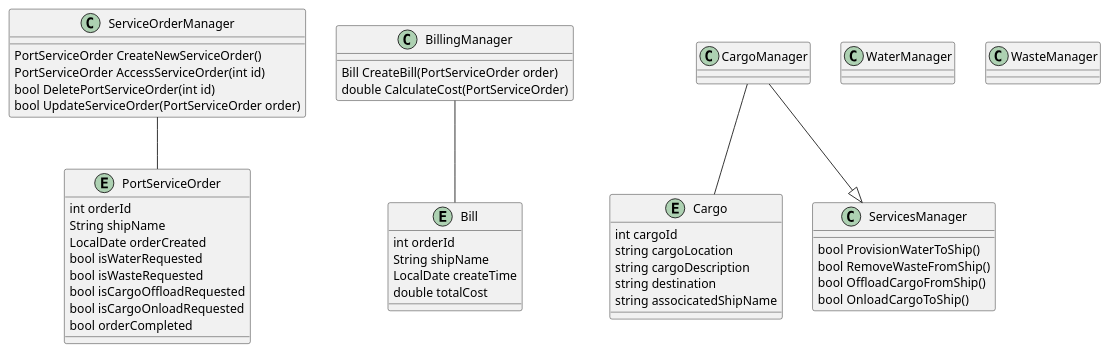
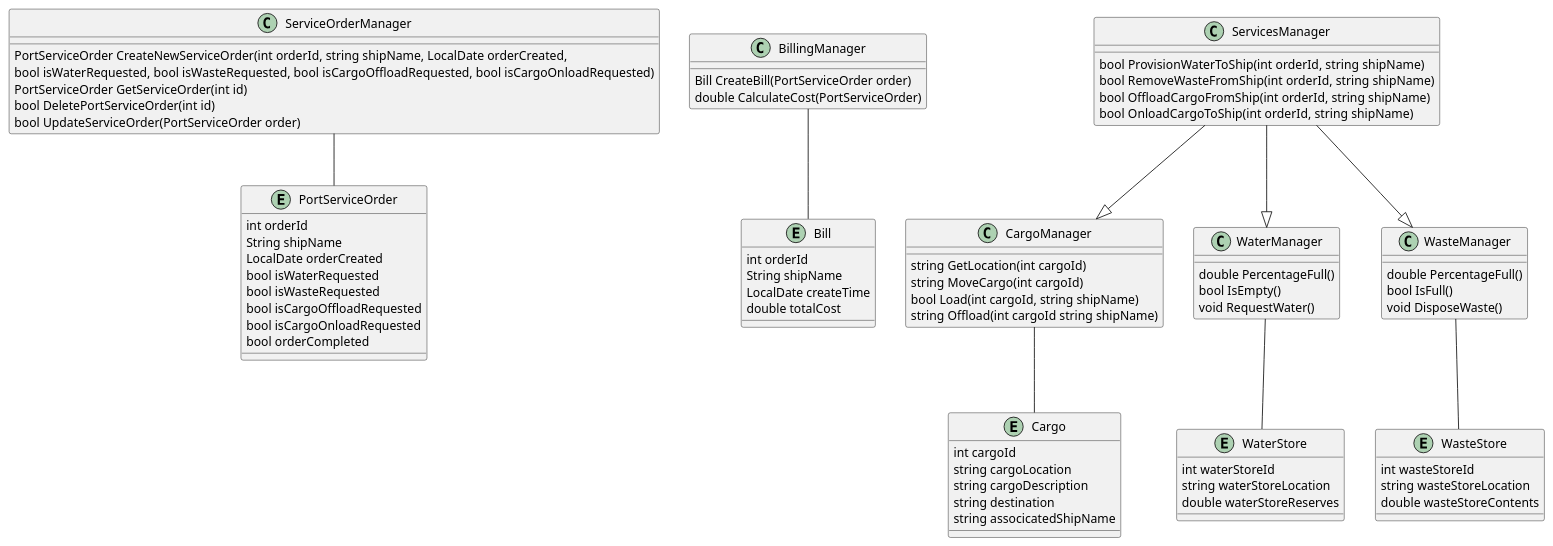
Before and after one commit to JoaoSoaresBota/StevedoreAppB: the diagram in designs/UML/Stevedores_plantuml.puml, drawn with PlantUML.

Commit message:
Init design methods

```diff
--- a/designs/UML/Stevedores_plantuml.puml
+++ b/designs/UML/Stevedores_plantuml.puml
@@ -1,65 +1,90 @@
 @startuml
 entity PortServiceOrder {
     int orderId
     String shipName
     LocalDate orderCreated
     bool isWaterRequested
     bool isWasteRequested
     bool isCargoOffloadRequested
     bool isCargoOnloadRequested
     bool orderCompleted
 }
 
 entity Bill {
     int orderId
     String shipName
     LocalDate createTime
     double totalCost
 }
 
 entity Cargo {
     int cargoId
     string cargoLocation
     string cargoDescription
     string destination
     string associcatedShipName
 }
 
+entity WaterStore {
+    int waterStoreId
+    string waterStoreLocation
+    double waterStoreReserves
+}
+
+entity WasteStore {
+    int wasteStoreId
+    string wasteStoreLocation
+    double wasteStoreContents
+}
+
+
 ServiceOrderManager -- PortServiceOrder
 BillingManager -- Bill
-CargoManager --|> ServicesManager
+ServicesManager --|> CargoManager
+ServicesManager --|> WaterManager
+ServicesManager --|> WasteManager
 CargoManager -- Cargo
+WaterManager -- WaterStore
+WasteManager -- WasteStore
 
 class ServiceOrderManager {
-    PortServiceOrder CreateNewServiceOrder()
-    PortServiceOrder AccessServiceOrder(int id)
+    PortServiceOrder CreateNewServiceOrder(int orderId, string shipName, LocalDate orderCreated, 
+    bool isWaterRequested, bool isWasteRequested, bool isCargoOffloadRequested, bool isCargoOnloadRequested)
+        PortServiceOrder GetServiceOrder(int id)
     bool DeletePortServiceOrder(int id)
     bool UpdateServiceOrder(PortServiceOrder order)
 }
 
 class BillingManager {
     Bill CreateBill(PortServiceOrder order)
     double CalculateCost(PortServiceOrder)
 }
 
 class ServicesManager {
-    bool ProvisionWaterToShip()
-    bool RemoveWasteFromShip()
-    bool OffloadCargoFromShip()
-    bool OnloadCargoToShip()
+    bool ProvisionWaterToShip(int orderId, string shipName)
+    bool RemoveWasteFromShip(int orderId, string shipName)
+    bool OffloadCargoFromShip(int orderId, string shipName)
+    bool OnloadCargoToShip(int orderId, string shipName)
 }
 
 class CargoManager {
-    
+    string GetLocation(int cargoId)
+    string MoveCargo(int cargoId)
+    bool Load(int cargoId, string shipName)
+    string Offload(int cargoId string shipName)
 }
 
 class WaterManager {
-
+    double PercentageFull()
+    bool IsEmpty()
+    void RequestWater()
 }
 
 class WasteManager {
-
+    double PercentageFull()
+    bool IsFull()
+    void DisposeWaste()
 }
 
 
 @enduml
```
